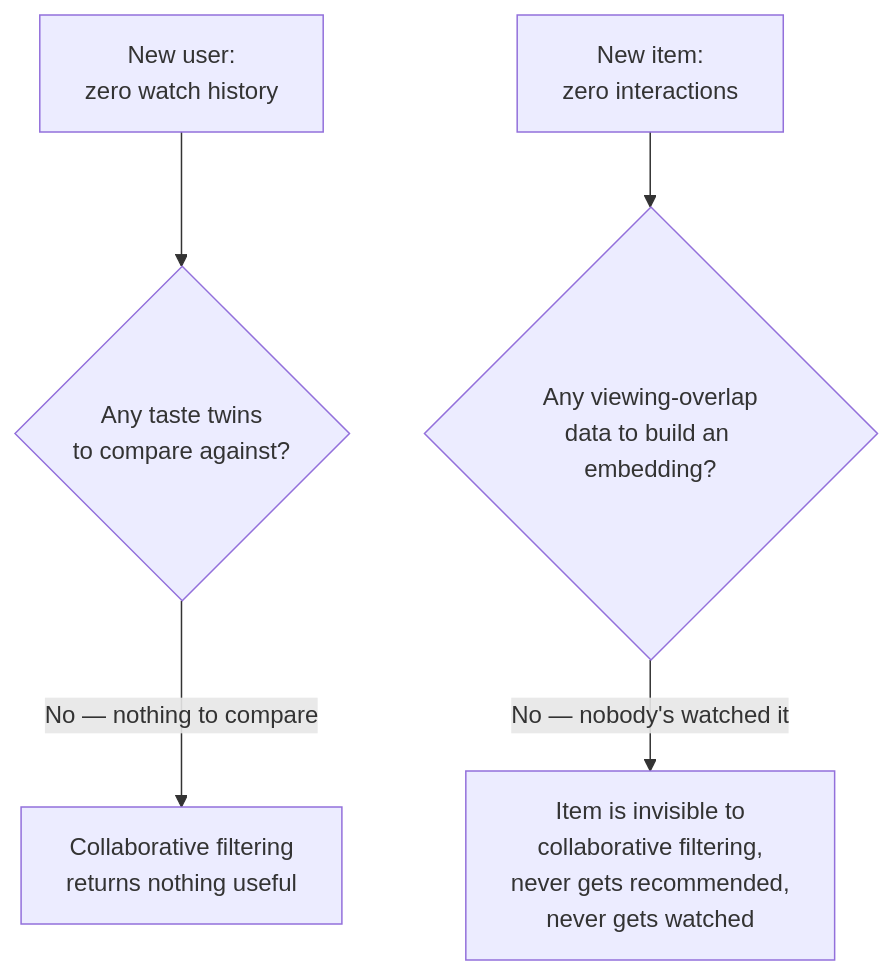
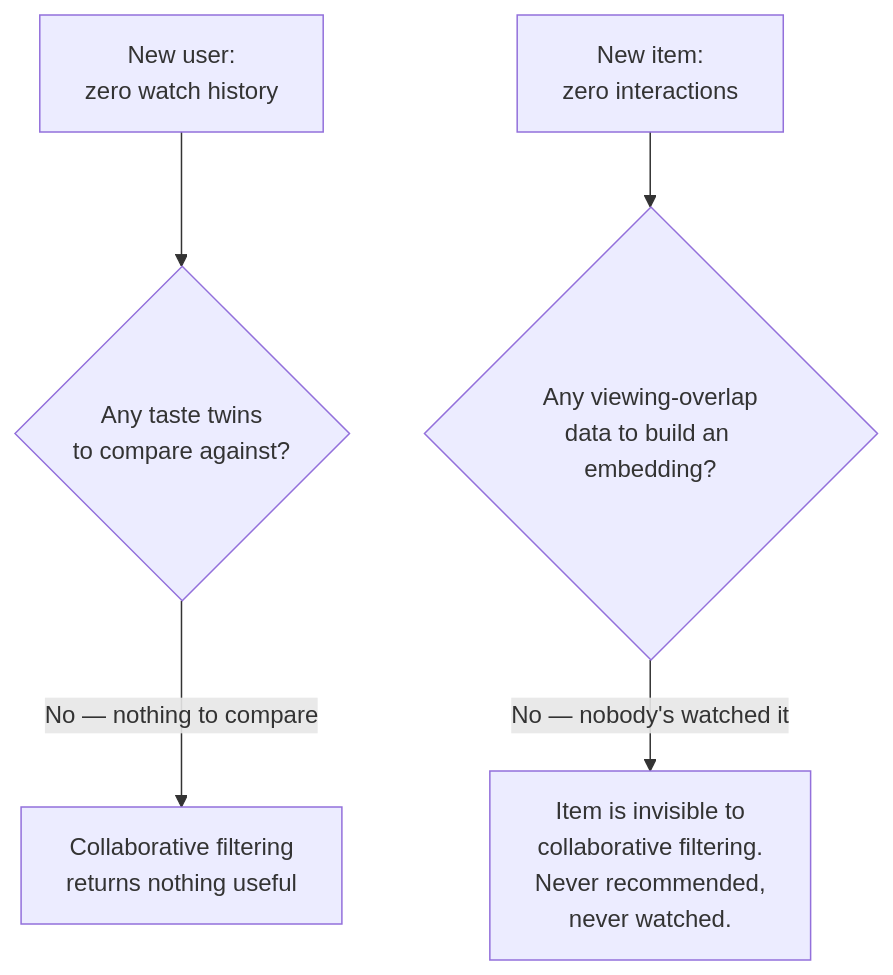
One commit to riyaz-pasha/Learnings changed the third of 15 diagrams in system-design/HLD/0-course/59-Design-a-Recommendation-Engine-Netflix-YouTube-FAANG-Guide-story.md. Above: the diagram before and after it, drawn with Mermaid. The commit also changed other lines of this file and 1 other file, not shown here.

Commit message:
[REWRITE] Recommendation Engine story guide: simplify prose, add structure, fix diagrams

````diff
--- a/system-design/HLD/0-course/59-Design-a-Recommendation-Engine-Netflix-YouTube-FAANG-Guide-story.md
+++ b/system-design/HLD/0-course/59-Design-a-Recommendation-Engine-Netflix-YouTube-FAANG-Guide-story.md
@@ -69,7 +168,8 @@
 ```mermaid
 flowchart TD
-    NewUser["New user:\nzero watch history"] --> Q1{"Any taste twins\nto compare against?"}
-    Q1 -->|"No — nothing to compare"| Stuck1["Collaborative filtering\nreturns nothing useful"]
-    NewItem["New item:\nzero interactions"] --> Q2{"Any viewing-overlap\ndata to build an embedding?"}
-    Q2 -->|"No — nobody's watched it"| Stuck2["Item is invisible to\ncollaborative filtering,\nnever gets recommended,\nnever gets watched"]
+    NewUser["New user:<br/>zero watch history"] --> Q1{"Any taste twins<br/>to compare against?"}
+    Q1 -->|"No — nothing to compare"| Stuck1["Collaborative filtering<br/>returns nothing useful"]
+
+    NewItem["New item:<br/>zero interactions"] --> Q2{"Any viewing-overlap<br/>data to build an embedding?"}
+    Q2 -->|"No — nobody's watched it"| Stuck2["Item is invisible to<br/>collaborative filtering.<br/>Never recommended,<br/>never watched."]
 ```
````
